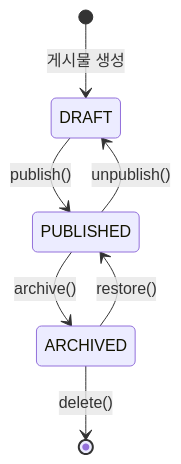
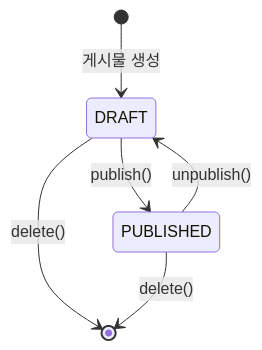
The second of 3 diagrams in docs/architecture/blog-service/system-overview.md (L-a-z-e/portal-universe), drawn with Mermaid before and after one commit. The commit also changed other lines of this file and 1 other file, not shown here.

First line of the commit message:
docs(architecture): rewrite blog-service docs to match actual codebase

````diff
--- a/docs/architecture/blog-service/system-overview.md
+++ b/docs/architecture/blog-service/system-overview.md
@@ -215,9 +338,8 @@
 ```mermaid
 stateDiagram-v2
     [*] --> DRAFT: 게시물 생성
     DRAFT --> PUBLISHED: publish()
-    PUBLISHED --> ARCHIVED: archive()
-    ARCHIVED --> PUBLISHED: restore()
     PUBLISHED --> DRAFT: unpublish()
-    ARCHIVED --> [*]: delete()
+    DRAFT --> [*]: delete()
+    PUBLISHED --> [*]: delete()
 ```
````
